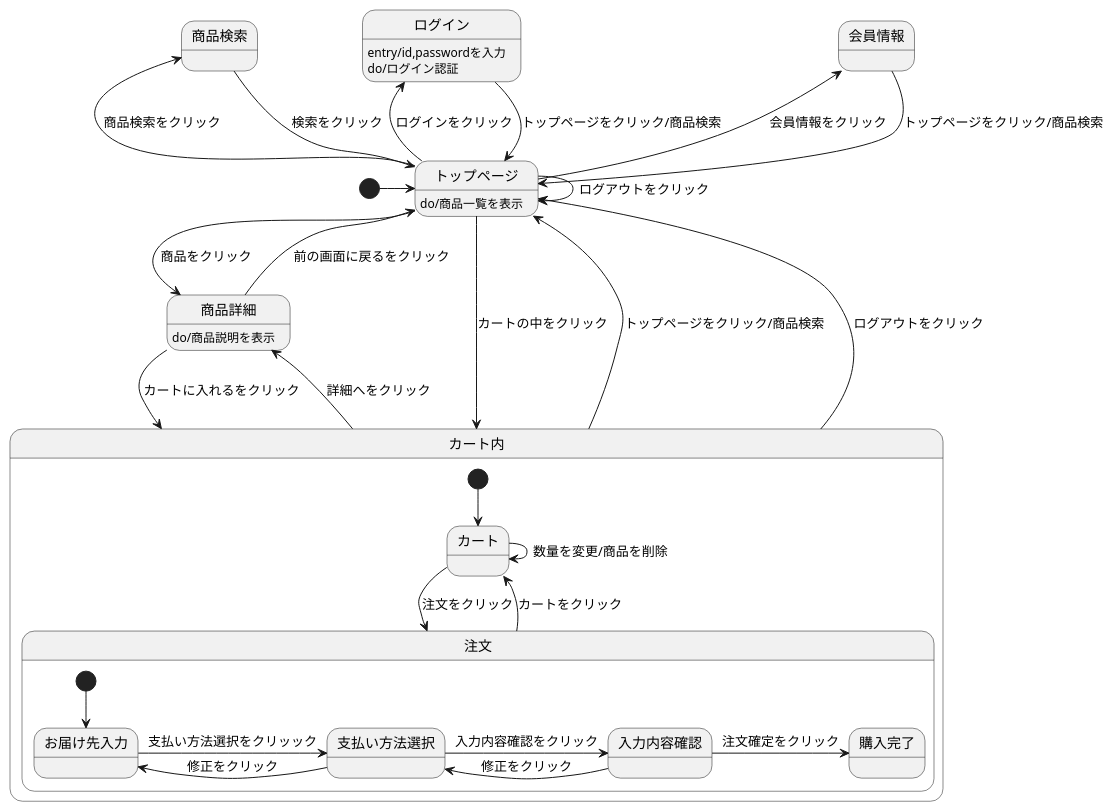
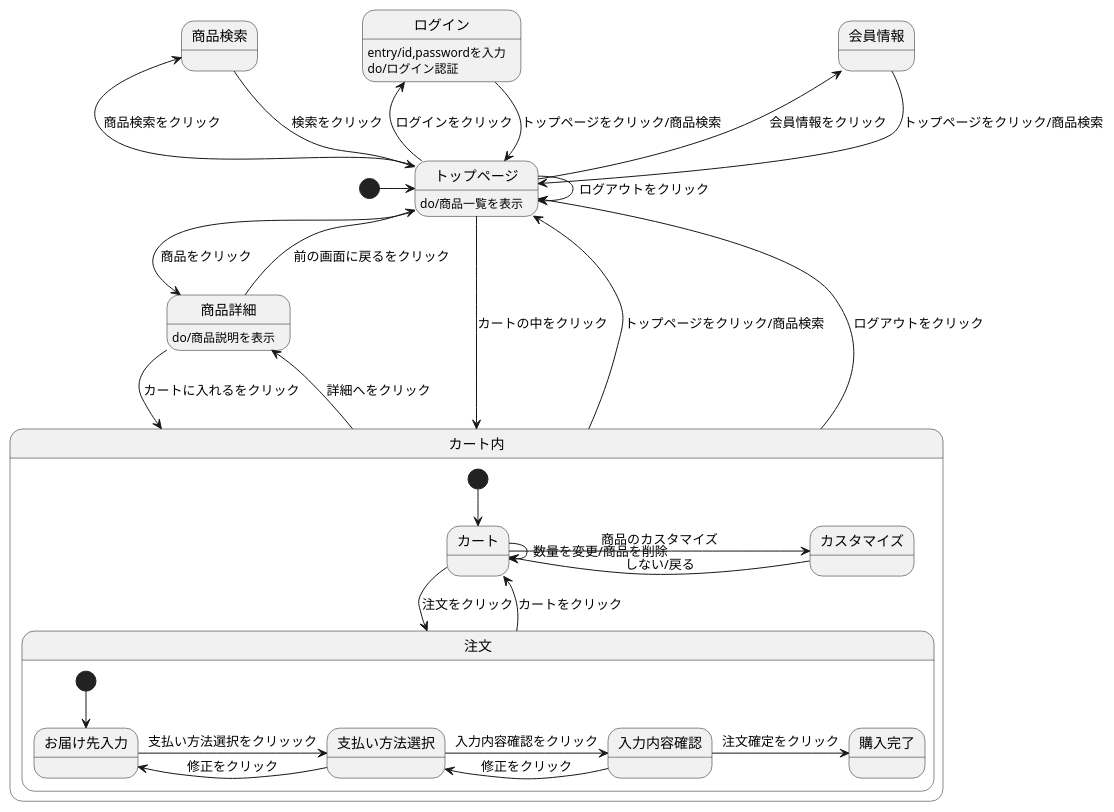
Before and after one commit to Aso2001165/2021sys-design-3: the diagram in kadai12.md, drawn with PlantUML.

````diff
--- a/kadai12.md
+++ b/kadai12.md
@@ -1,38 +1,40 @@
 ```uml
 @startuml
 [*] -> トップページ
 会員情報 --> トップページ : トップページをクリック/商品検索
 ログイン --> トップページ : トップページをクリック/商品検索
 ログイン:entry/id,passwordを入力
 ログイン:do/ログイン認証
 トップページ --> トップページ : ログアウトをクリック
 トップページ -> 商品詳細 : 商品をクリック
 トップページ -left-> 会員情報 : 会員情報をクリック
 トップページ -left-> ログイン : ログインをクリック
 トップページ --> カート内 : カートの中をクリック
 トップページ:do/商品一覧を表示
 商品検索 --> トップページ : 検索をクリック
 トップページ -left-> 商品検索 : 商品検索をクリック
 商品詳細 --> カート内 : カートに入れるをクリック
 商品詳細 --> トップページ : 前の画面に戻るをクリック
 商品詳細:do/商品説明を表示
 カート内 -up-> トップページ : トップページをクリック/商品検索
 カート内 -up-> トップページ : ログアウトをクリック
 カート内 -> 商品詳細 : 詳細へをクリック
 
 state カート内 {
  [*] --> カート
  カート -> 注文 : 注文をクリック
  カート -> カート : 数量を変更/商品を削除
+ カート -> カスタマイズ : 商品のカスタマイズ
+ カスタマイズ -> カート : しない/戻る
  注文 --> カート : カートをクリック
 state 注文 {
  [*] --> お届け先入力
  お届け先入力 -> 支払い方法選択 : 支払い方法選択をクリッック
  支払い方法選択 -> 入力内容確認 : 入力内容確認をクリック
  支払い方法選択 -> お届け先入力 : 修正をクリック
  入力内容確認 -> 支払い方法選択 : 修正をクリック
  入力内容確認 -> 購入完了 : 注文確定をクリック
  }
 }
 @enduml
 ```
````
